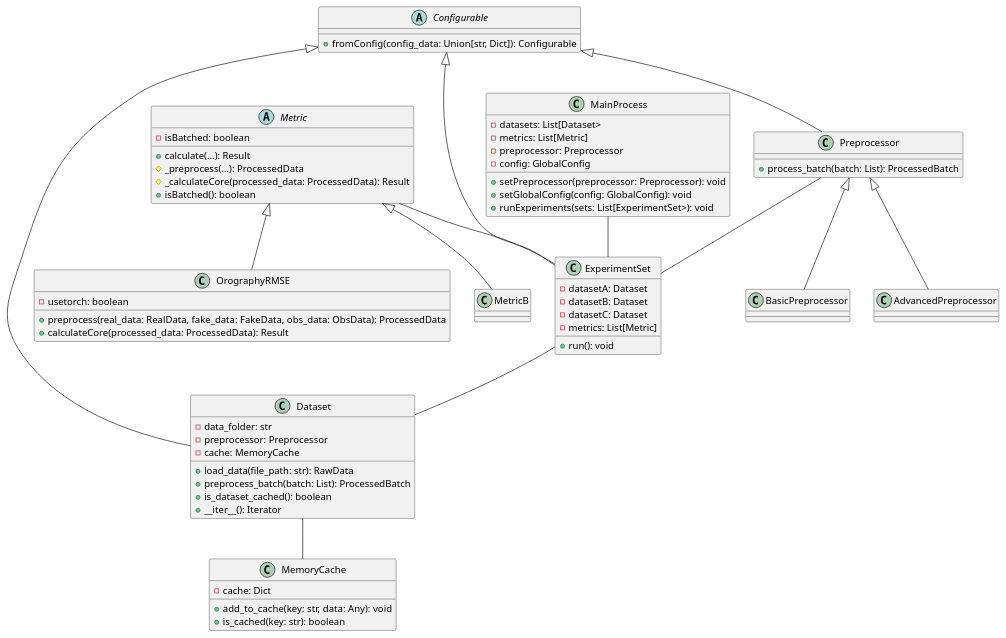
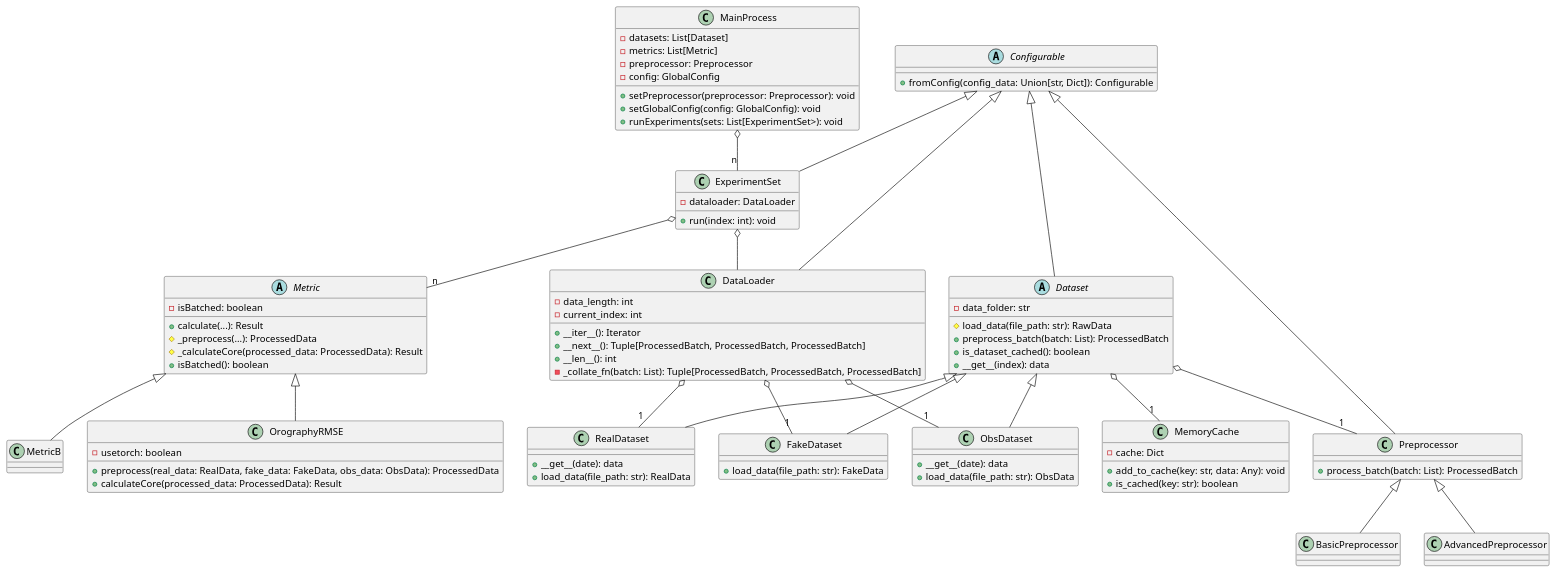
The diagram in diagclass.puml (flyIchtus/MetScore), drawn with PlantUML before and after one commit. The commit also changed 8 other files, not shown here.

```diff
--- a/diagclass.puml
+++ b/diagclass.puml
@@ -1,72 +1,94 @@
 @startuml
 abstract class Metric {
   - isBatched: boolean
 
   + calculate(...): Result
   # _preprocess(...): ProcessedData
   # _calculateCore(processed_data: ProcessedData): Result
   + isBatched(): boolean
 }
 
 class OrographyRMSE {
   - usetorch: boolean
 
   + preprocess(real_data: RealData, fake_data: FakeData, obs_data: ObsData): ProcessedData
   + calculateCore(processed_data: ProcessedData): Result
 }
 Metric <|-- OrographyRMSE
 abstract class Configurable {
   + fromConfig(config_data: Union[str, Dict]): Configurable
 }
 
 class Preprocessor extends Configurable {
   + process_batch(batch: List): ProcessedBatch
 }
 
 class MemoryCache {
   - cache: Dict
 
   + add_to_cache(key: str, data: Any): void
   + is_cached(key: str): boolean
 }
 
-class Dataset extends Configurable {
+abstract class Dataset extends Configurable {
   - data_folder: str
-  - preprocessor: Preprocessor
-  - cache: MemoryCache
 
-  + load_data(file_path: str): RawData
+  # load_data(file_path: str): RawData
   + preprocess_batch(batch: List): ProcessedBatch
   + is_dataset_cached(): boolean
-  + __iter__(): Iterator
+  + __get__(index): data
 }
 
-class ExperimentSet extends Configurable{
-  - datasetA: Dataset
-  - datasetB: Dataset
-  - datasetC: Dataset
-  - metrics: List[Metric]
+class RealDataset extends Dataset {
+  + __get__(date): data
+  + load_data(file_path: str): RealData
+}
 
-  + run(): void
+class FakeDataset extends Dataset {
+  + load_data(file_path: str): FakeData
+}
+
+class ObsDataset extends Dataset {
+  + __get__(date): data
+  + load_data(file_path: str): ObsData
+}
+
+class DataLoader extends Configurable {
+  - data_length: int
+  - current_index: int
+
+  + __iter__(): Iterator
+  + __next__(): Tuple[ProcessedBatch, ProcessedBatch, ProcessedBatch]
+  + __len__(): int
+  - _collate_fn(batch: List): Tuple[ProcessedBatch, ProcessedBatch, ProcessedBatch]
+}
+
+class ExperimentSet extends Configurable {
+  - dataloader: DataLoader
+
+  + run(index: int): void
 }
 
 class MainProcess {
-  - datasets: List[Dataset>
+  - datasets: List[Dataset]
   - metrics: List[Metric]
   - preprocessor: Preprocessor
   - config: GlobalConfig
 
   + setPreprocessor(preprocessor: Preprocessor): void
   + setGlobalConfig(config: GlobalConfig): void
   + runExperiments(sets: List[ExperimentSet>): void
 }
 
 Metric <|-- MetricB
-MainProcess -- ExperimentSet
 Preprocessor <|-- BasicPreprocessor
 Preprocessor <|-- AdvancedPreprocessor
-Dataset -- MemoryCache
-ExperimentSet -- Dataset
-Preprocessor -- ExperimentSet
-Metric -- ExperimentSet
+Dataset o-- "1" MemoryCache
+MainProcess o-- "n" ExperimentSet
+ExperimentSet o-- DataLoader
+DataLoader o-- "1" RealDataset
+DataLoader o-- "1" FakeDataset
+DataLoader o-- "1" ObsDataset
+Dataset o-- "1" Preprocessor
+ExperimentSet o-- "n" Metric
 @enduml
```
